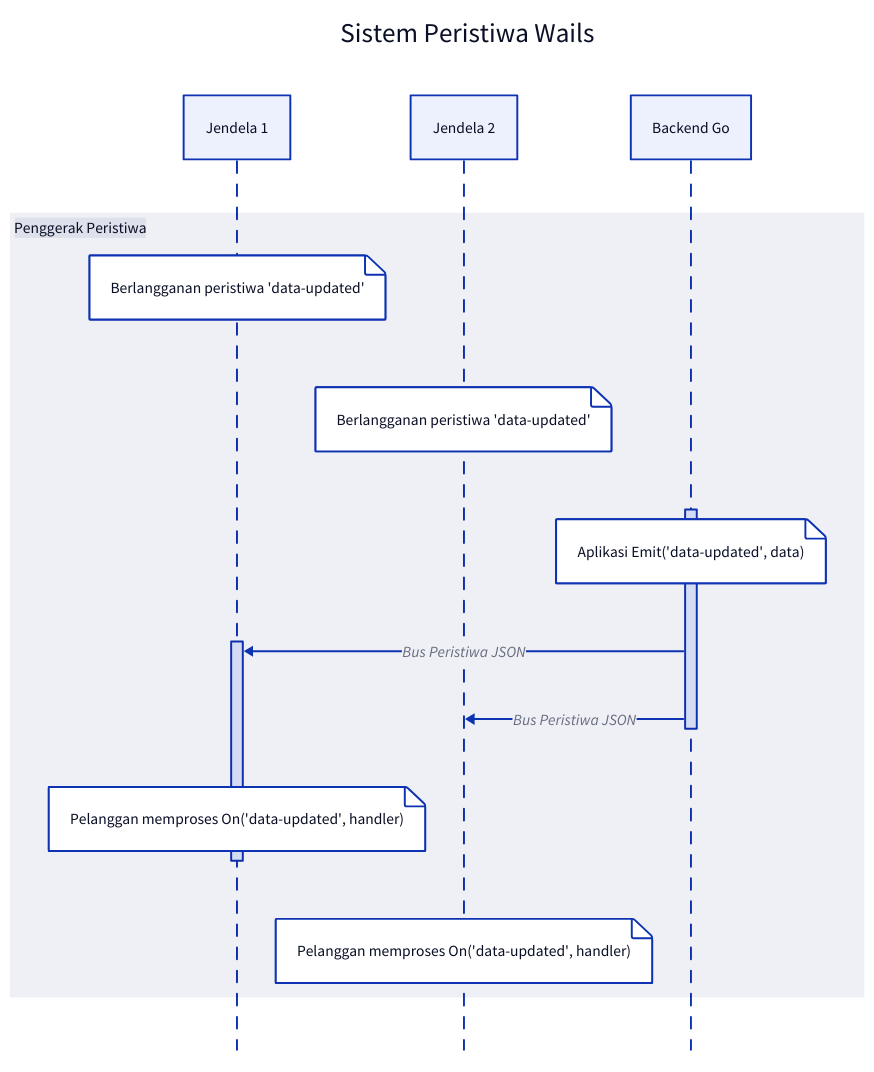
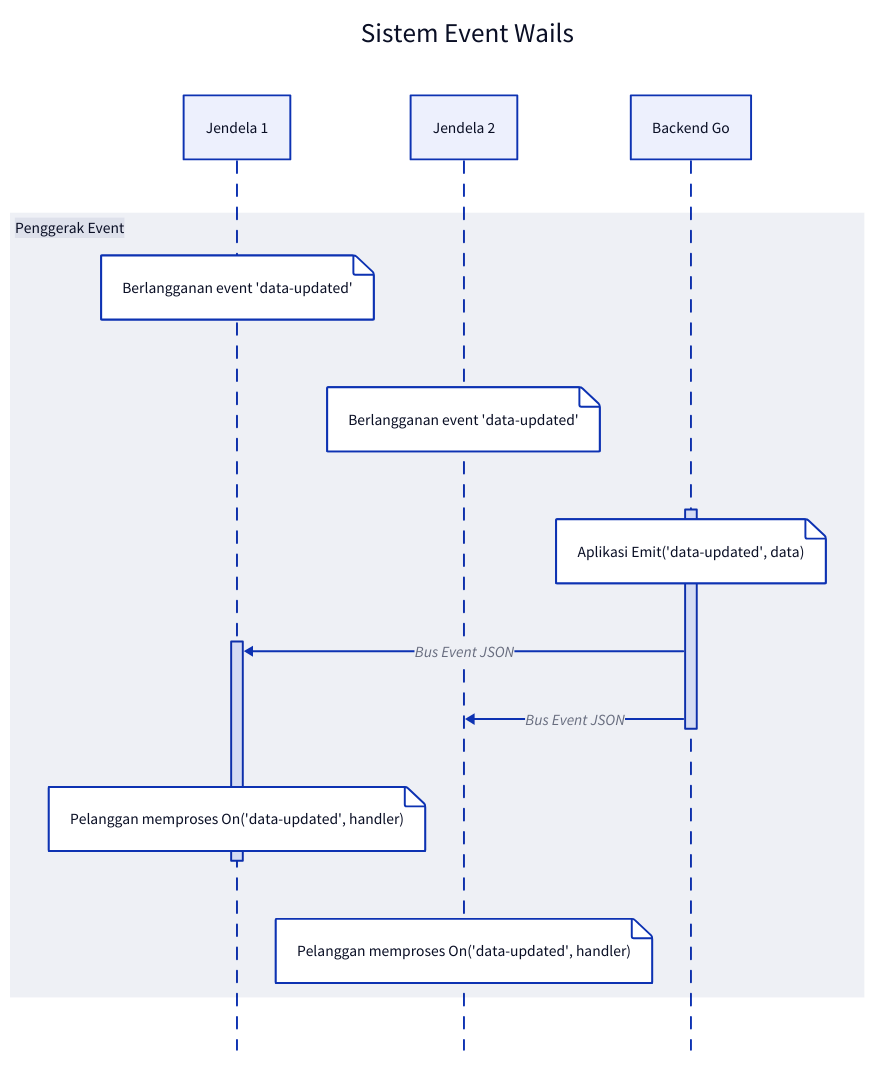
The third of 8 diagrams in docs/mpress/content/id/concepts/architecture.md (wailsapp/wails), drawn with D2 before and after one commit. The commit also changed other lines of this file and 1096 other files, not shown here.

````diff
--- a/docs/mpress/content/id/concepts/architecture.md
+++ b/docs/mpress/content/id/concepts/architecture.md
@@ -204,24 +204,24 @@
 ```d2
 direction: left
 
-Wails Event System: Sistem Peristiwa Wails {
+Wails Event System: Sistem Event Wails {
   shape: sequence_diagram
 
   window1: Jendela 1
   window2: Jendela 2
   backend: Backend Go
 
-  Event Driver: Penggerak Peristiwa {
+  Event Driver: Penggerak Event {
     shape: sequence_diagram
-    window1."Subscribe to 'data-updated' events": "Berlangganan peristiwa 'data-updated'"
-    window2."Subscribe to 'data-updated' events": "Berlangganan peristiwa 'data-updated'"
+    window1."Subscribe to 'data-updated' events": "Berlangganan event 'data-updated'"
+    window2."Subscribe to 'data-updated' events": "Berlangganan event 'data-updated'"
     backend.a."App Emit('data-updated', data)": "Aplikasi Emit('data-updated', data)"
-    backend.a -> window1.a: Bus Peristiwa JSON
-    backend.a -> window2: Bus Peristiwa JSON
+    backend.a -> window1.a: Bus Event JSON
+    backend.a -> window2: Bus Event JSON
     window1.a."Subscriber processes On('data-updated', handler)": "Pelanggan memproses On('data-updated', handler)"
     window2."Subscriber processes On('data-updated', handler)": "Pelanggan memproses On('data-updated', handler)"
   }
   backend.a.label: a
   window1.a.label: a
 }
 ```
````
